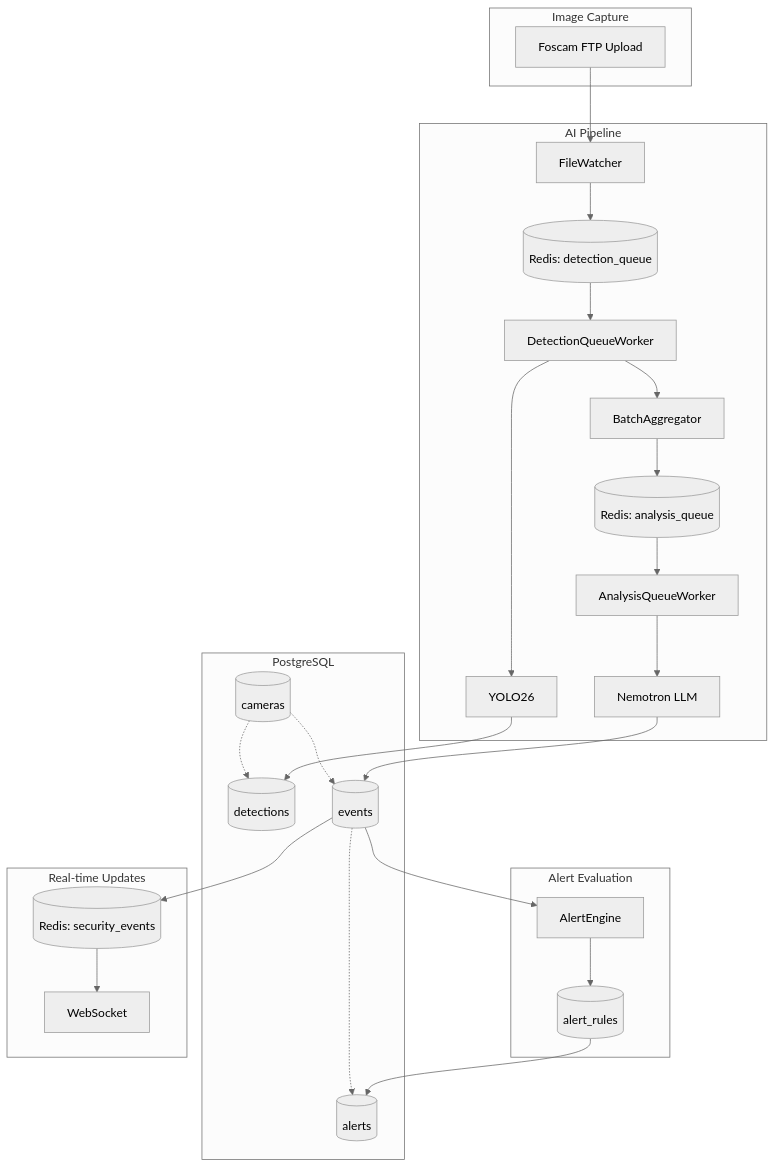
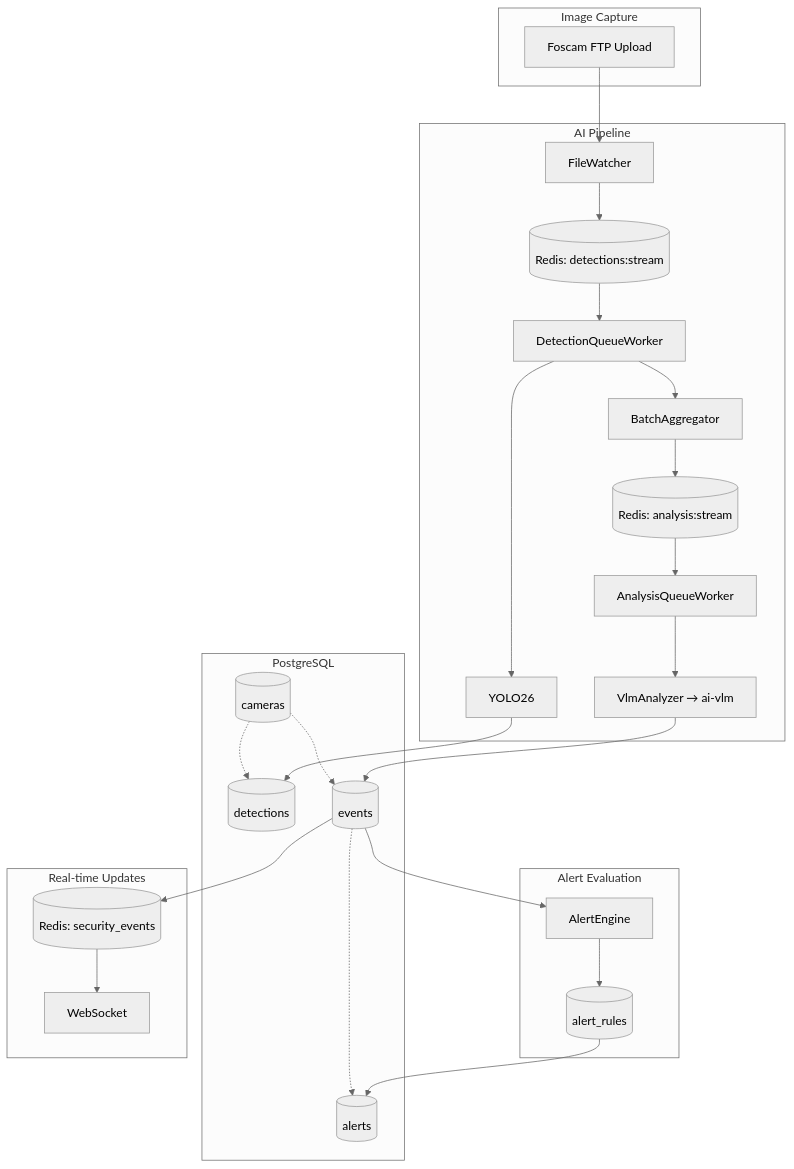
Before and after one commit to mikesvoboda/nemotron-v3-home-security-intelligence: the second of 2 diagrams in docs/developer/data-model.md, drawn with Mermaid (neutral theme). The commit also changed other lines of this file and 231 other files, not shown here.

````diff
--- a/docs/developer/data-model.md
+++ b/docs/developer/data-model.md
@@ -1031,54 +1031,54 @@
 ```mermaid
 flowchart TB
     subgraph Input["Image Capture"]
         FTP[Foscam FTP Upload]
     end
 
     subgraph Pipeline["AI Pipeline"]
         FW[FileWatcher]
-        DQ[(Redis: detection_queue)]
+        DQ[(Redis: detections:stream)]
         DQW[DetectionQueueWorker]
         RT[YOLO26]
         BA[BatchAggregator]
-        AQ[(Redis: analysis_queue)]
+        AQ[(Redis: analysis:stream)]
         AQW[AnalysisQueueWorker]
-        NEM[Nemotron LLM]
+        NEM[VlmAnalyzer → ai-vlm]
     end
 
     subgraph Storage["PostgreSQL"]
         CAM[(cameras)]
         DET[(detections)]
         EVT[(events)]
         ALT[(alerts)]
     end
 
     subgraph AlertSystem["Alert Evaluation"]
         AE[AlertEngine]
         AR[(alert_rules)]
     end
 
     subgraph Broadcast["Real-time Updates"]
         PS[(Redis: security_events)]
         WS[WebSocket]
     end
 
     FTP --> FW
     FW --> DQ
     DQ --> DQW
     DQW --> RT
     RT --> DET
     DQW --> BA
     BA --> AQ
     AQ --> AQW
     AQW --> NEM
     NEM --> EVT
     EVT --> AE
     AE --> AR
     AR --> ALT
     EVT --> PS
     PS --> WS
 
     CAM -.-> DET
     CAM -.-> EVT
     EVT -.-> ALT
 ```
````
